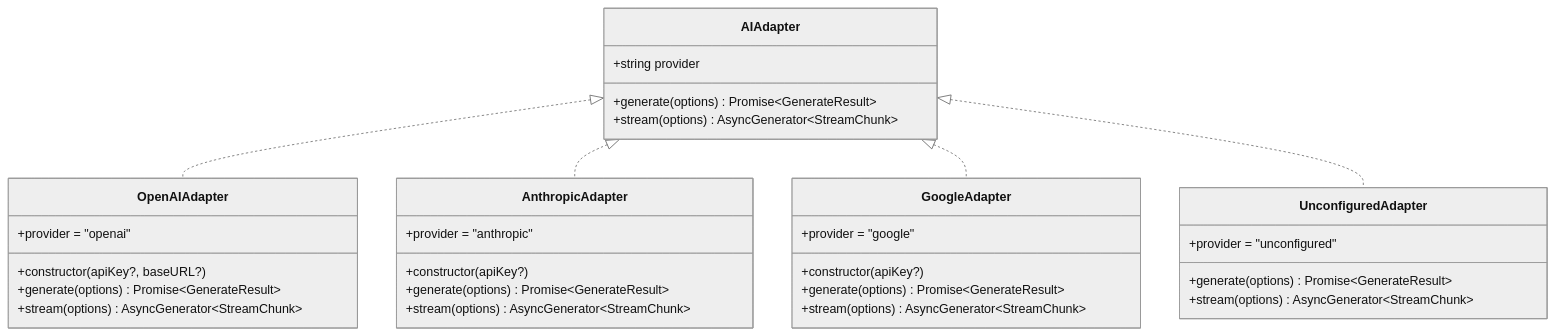
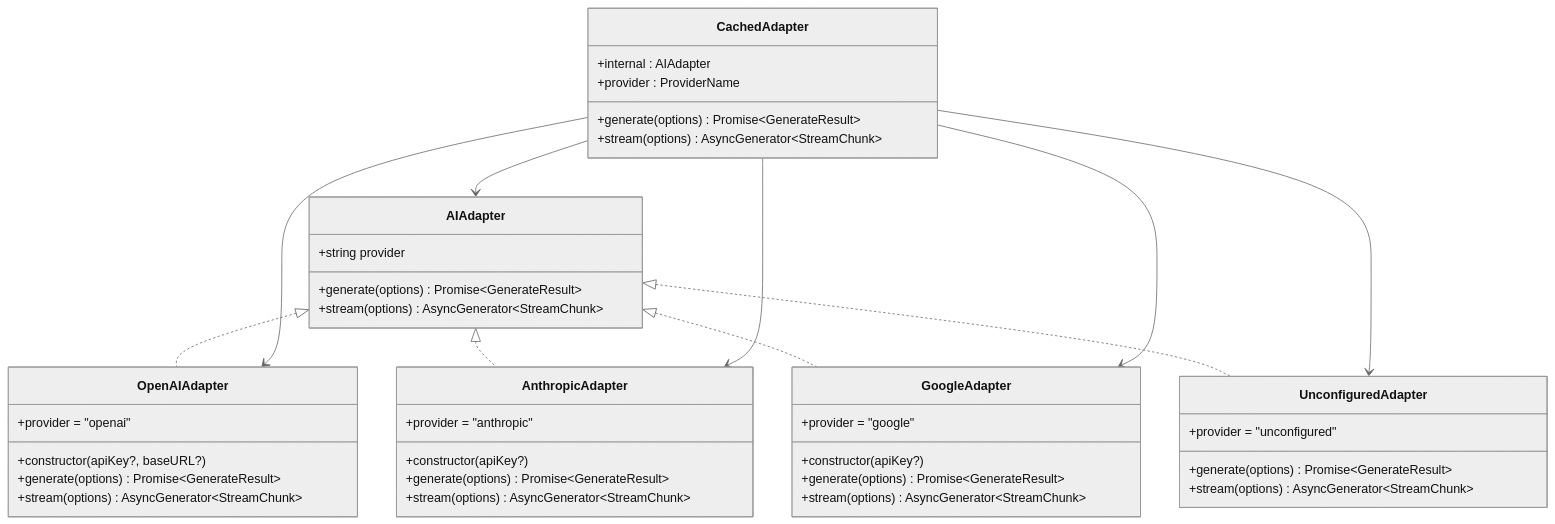
Before and after one commit to shekhargiri005-dotcom/AI-powered-accessibility-first-UI-engine: the third of 8 diagrams in .qoder/repowiki/en/content/Architecture & Design/Design Patterns/Design Patterns.md, drawn with Mermaid (neutral theme). The commit also changed other lines of this file and 8 other files, not shown here.

````diff
--- a/.qoder/repowiki/en/content/Architecture & Design/Design Patterns/Design Patterns.md
+++ b/.qoder/repowiki/en/content/Architecture & Design/Design Patterns/Design Patterns.md
@@ -217,35 +263,46 @@
 ```mermaid
 classDiagram
 class AIAdapter {
 +string provider
++generate(options) Promise~GenerateResult~
++stream(options) AsyncGenerator~StreamChunk~
+}
+class CachedAdapter {
++internal : AIAdapter
++provider : ProviderName
 +generate(options) Promise~GenerateResult~
 +stream(options) AsyncGenerator~StreamChunk~
 }
 class OpenAIAdapter {
 +provider = "openai"
 +constructor(apiKey?, baseURL?)
 +generate(options) Promise~GenerateResult~
 +stream(options) AsyncGenerator~StreamChunk~
 }
 class AnthropicAdapter {
 +provider = "anthropic"
 +constructor(apiKey?)
 +generate(options) Promise~GenerateResult~
 +stream(options) AsyncGenerator~StreamChunk~
 }
 class GoogleAdapter {
 +provider = "google"
 +constructor(apiKey?)
 +generate(options) Promise~GenerateResult~
 +stream(options) AsyncGenerator~StreamChunk~
 }
 class UnconfiguredAdapter {
 +provider = "unconfigured"
 +generate(options) Promise~GenerateResult~
 +stream(options) AsyncGenerator~StreamChunk~
 }
 AIAdapter <|.. OpenAIAdapter
 AIAdapter <|.. AnthropicAdapter
 AIAdapter <|.. GoogleAdapter
 AIAdapter <|.. UnconfiguredAdapter
+CachedAdapter --> AIAdapter
+CachedAdapter --> OpenAIAdapter
+CachedAdapter --> AnthropicAdapter
+CachedAdapter --> GoogleAdapter
+CachedAdapter --> UnconfiguredAdapter
 ```
````
